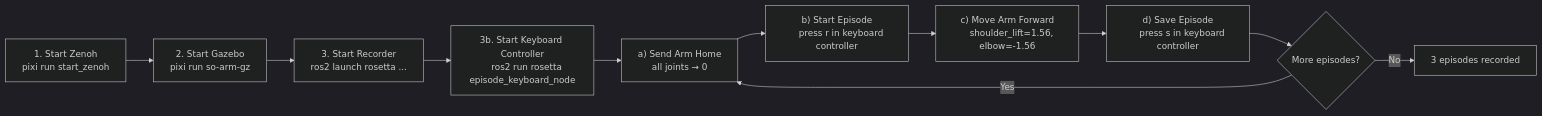
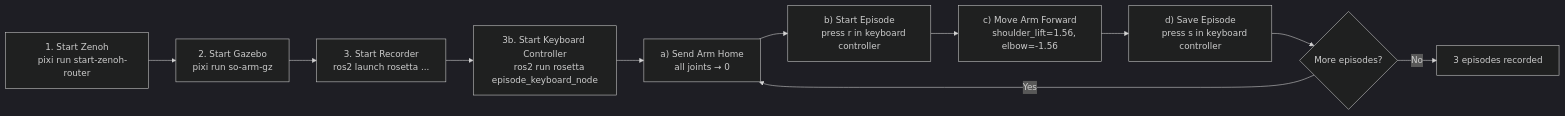
The diagram in docs/demos/end-to-end-pipeline.md (ros-physical-ai/demos), drawn with Mermaid (dark theme) before and after one commit. The commit also changed other lines of this file and 8 other files, not shown here.

Commit message:
Replace start_zenoh with start-zenoh-router

````diff
--- a/docs/demos/end-to-end-pipeline.md
+++ b/docs/demos/end-to-end-pipeline.md
@@ -357,21 +357,21 @@
 ```mermaid
 flowchart LR
     A["1. Start Zenoh
-    pixi run start_zenoh"] --> B["2. Start Gazebo
+    pixi run start-zenoh-router"] --> B["2. Start Gazebo
     pixi run so-arm-gz"]
     B --> C["3. Start Recorder
     ros2 launch rosetta ..."]
     C --> Ck["3b. Start Keyboard Controller
     ros2 run rosetta episode_keyboard_node"]
     Ck --> D["a) Send Arm Home
     all joints → 0"]
     D --> E["b) Start Episode
     press r in keyboard controller"]
     E --> F["c) Move Arm Forward
     shoulder_lift=1.56, elbow=-1.56"]
     F --> G["d) Save Episode
     press s in keyboard controller"]
     G --> H{More episodes?}
     H -- Yes --> D
     H -- No --> I["3 episodes recorded"]
 ```
````
